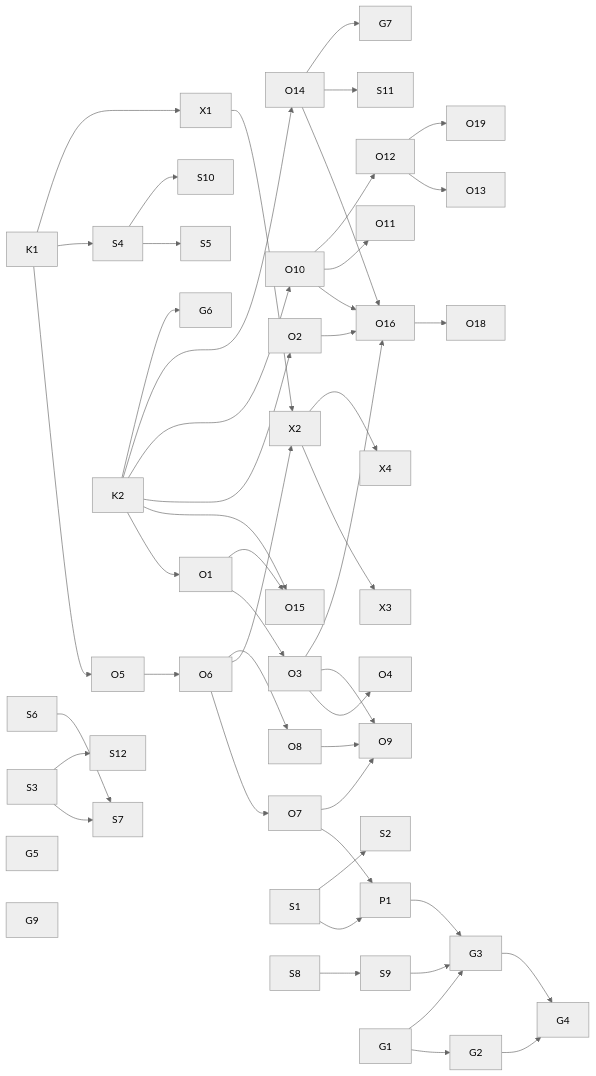
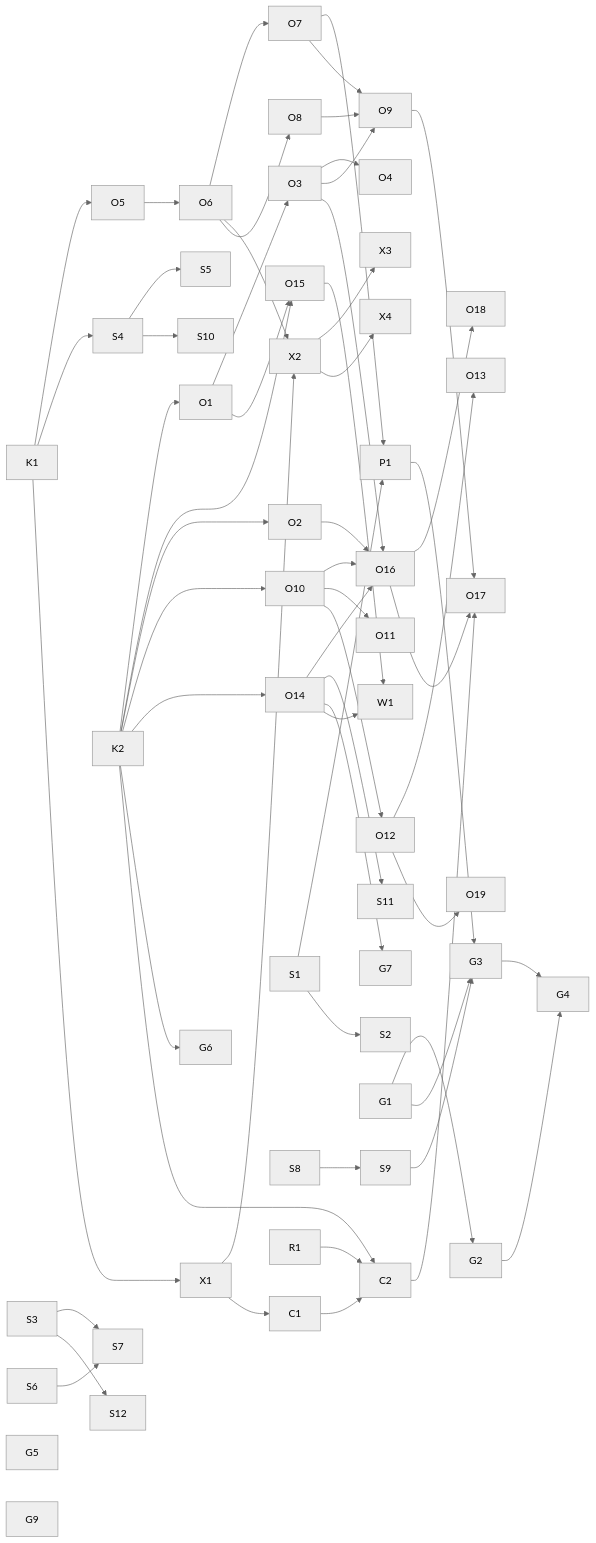
Before and after one commit to Life-Framework/Life-Framework: the diagram in docs/roadmap/m4-slice-plan.md, drawn with Mermaid (neutral theme). The commit also changed other lines of this file and 4 other files, not shown here.

````diff
--- a/docs/roadmap/m4-slice-plan.md
+++ b/docs/roadmap/m4-slice-plan.md
@@ -123,35 +150,42 @@
 ```mermaid
 graph LR
   K1 --> O5 --> O6 --> O7 --> P1 --> G3 --> G4
   K1 --> S4 --> S5
   S4 --> S10
   K1 --> X1 --> X2 --> X3
   X2 --> X4
   O6 --> X2
   O6 --> O8 --> O9
   O7 --> O9
   K2 --> O1 --> O3 --> O4
   O1 --> O15
   K2 --> O15
   O3 --> O9
   K2 --> O2 --> O16
   O3 --> O16
   K2 --> O10 --> O16
   O10 --> O11
   O10 --> O12 --> O13
   O12 --> O19
   K2 --> O14 --> O16 --> O18
   O14 --> S11
   O14 --> G7
   K2 --> G6
   S1 --> P1
   S1 --> S2
   S8 --> S9 --> G3
   G1 --> G2 --> G4
   G1 --> G3
   S3 --> S7
   S6 --> S7
   S3 --> S12
+  X1 --> C1 --> C2
+  R1 --> C2
+  K2 --> C2 --> O17
+  O16 --> O17
+  O9 --> O17
+  O14 --> W1
+  O15 --> W1
   G5
   G9
 ```
````
